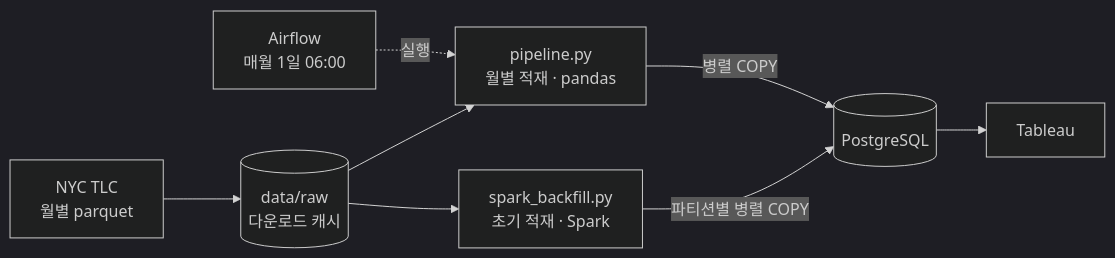
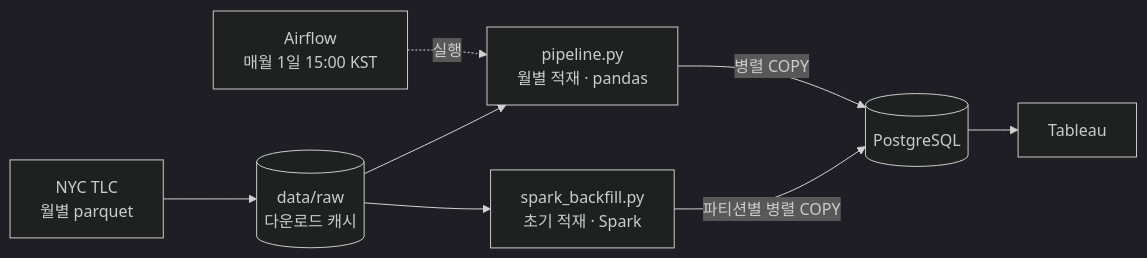
The diagram in README.md (nyongnyam/NYC_Taxi), drawn with Mermaid (dark theme) before and after one commit. The commit also changed other lines of this file and 4 other files, not shown here.

````diff
--- a/README.md
+++ b/README.md
@@ -45,10 +44,10 @@
 ```mermaid
 flowchart LR
     TLC[NYC TLC<br/>월별 parquet] --> RAW[(data/raw<br/>다운로드 캐시)]
-    AF[Airflow<br/>매월 1일 06:00] -.실행.-> PIPE
+    AF[Airflow<br/>매월 1일 15:00 KST] -.실행.-> PIPE
     RAW --> PIPE["pipeline.py<br/>월별 적재 · pandas"]
     RAW --> BF["spark_backfill.py<br/>초기 적재 · Spark"]
     PIPE -->|병렬 COPY| PG[(PostgreSQL)]
     BF -->|파티션별 병렬 COPY| PG
     PG --> TB[Tableau]
 ```
````
